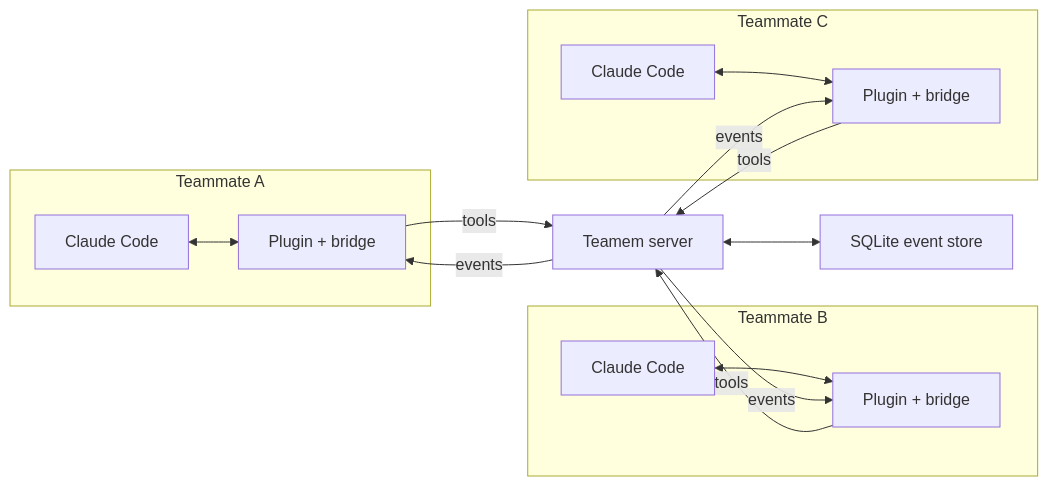
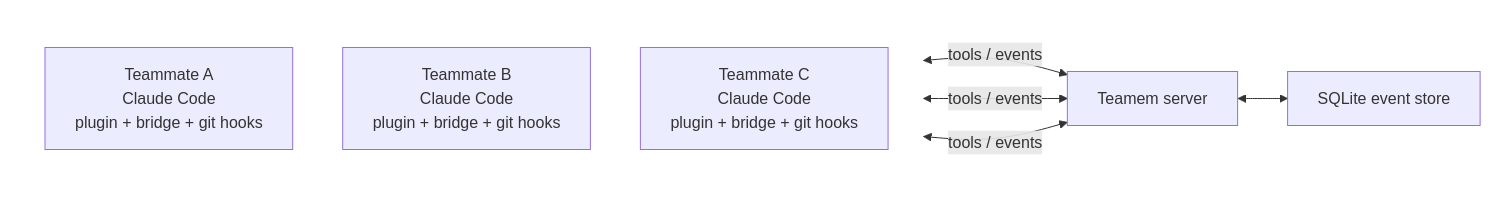
The diagram in README.md (RubiYH/teamem), drawn with Mermaid before and after one commit. The commit also changed other lines of this file, not shown here.

Commit message:
docs(readme): sharpen architecture pitch
Make the README lead with concrete coding-agent coordination pain and keep the architecture diagram readable by aligning teammate clients against the shared server and SQLite store.

Constraint: README should stay concise while showing claims, decisions, gotchas, bridge, plugin, and git-hook responsibilities.

Rejected: Keep separate tools and events arrows for every client | Mermaid rendered with cluttered curved edges and misaligned teammate nodes.

Confidence: high

Scope-risk: narrow

Directive: Keep README diagrams sparse enough to render cleanly in GitHub Markdown.

Tested: bun run format:check README.md

Not-tested: GitHub Mermaid visual render after this final layout change.

````diff
--- a/README.md
+++ b/README.md
@@ -88,22 +90,19 @@
 ```mermaid
 flowchart LR
-  subgraph TA["Teammate A"]
-    A["Claude Code"] <--> PA["Plugin + bridge"]
+  subgraph Clients[" "]
+    direction TB
+    TA["Teammate A<br/>Claude Code<br/>plugin + bridge + git hooks"]
+    TB["Teammate B<br/>Claude Code<br/>plugin + bridge + git hooks"]
+    TC["Teammate C<br/>Claude Code<br/>plugin + bridge + git hooks"]
   end
 
-  subgraph TB["Teammate B"]
-    B["Claude Code"] <--> PB["Plugin + bridge"]
-  end
+  S["Teamem server"]
+  DB["SQLite event store"]
 
-  subgraph TC["Teammate C"]
-    C["Claude Code"] <--> PC["Plugin + bridge"]
-  end
+  TA <-->|tools / events| S
+  TB <-->|tools / events| S
+  TC <-->|tools / events| S
+  S <--> DB
 
-  PA -- tools --> S["Teamem server"]
-  PB -- tools --> S
-  PC -- tools --> S
-  S -- events --> PA
-  S -- events --> PB
-  S -- events --> PC
-  S <--> DB["SQLite event store"]
+  style Clients fill:transparent,stroke:transparent
 ```
````
